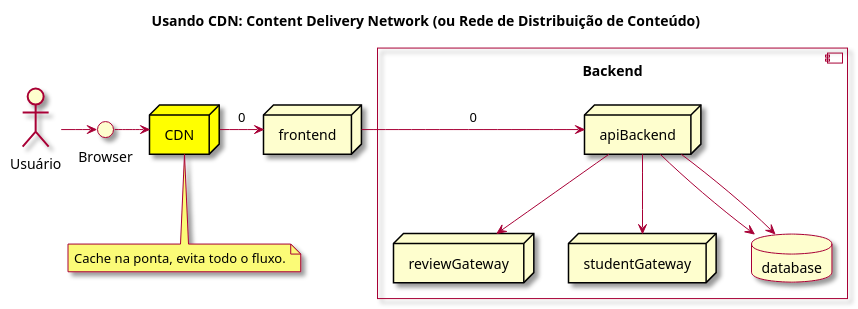
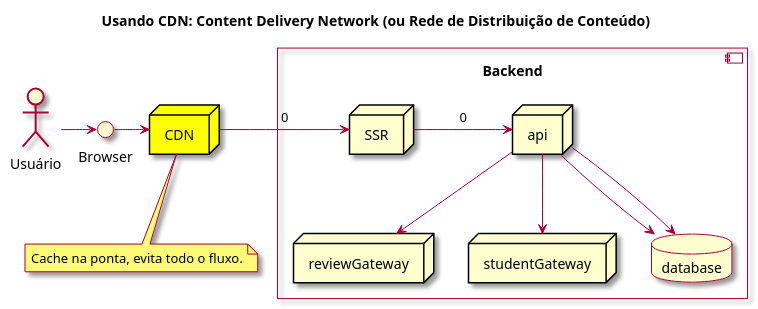
The diagram in docs/diagrams/request-com-cdn.plantuml (charlesardsilva/lecture-cache-content), drawn with PlantUML before and after one commit. The commit also changed 11 other files, not shown here.

```diff
--- a/docs/diagrams/request-com-cdn.plantuml
+++ b/docs/diagrams/request-com-cdn.plantuml
@@ -1,33 +1,33 @@
 @startuml
 
 skin rose
 
 Title: Usando CDN: Content Delivery Network (ou Rede de Distribuição de Conteúdo)
 
 actor "Usuário" as actor
 interface "Browser" as browser
 node CDN as cdn #yellow
-node frontend
 
 actor -> browser
 browser -> cdn
 
-
 component "Backend\n" {
 
-  node "apiBackend" as backend
+  node SSR
+  node "api" as backend
   node reviewGateway as reviewGateway
   node studentGateway as studentGateway
   database database
 
+  cdn -> SSR: 0
+  SSR -> backend: 0
   backend --> database
   backend --> database
   backend --> reviewGateway
   backend --> studentGateway
 }
 
-cdn -> frontend: 0
 note bottom of cdn: Cache na ponta, evita todo o fluxo.
-frontend -> backend: 0
+
 
 @enduml
```
